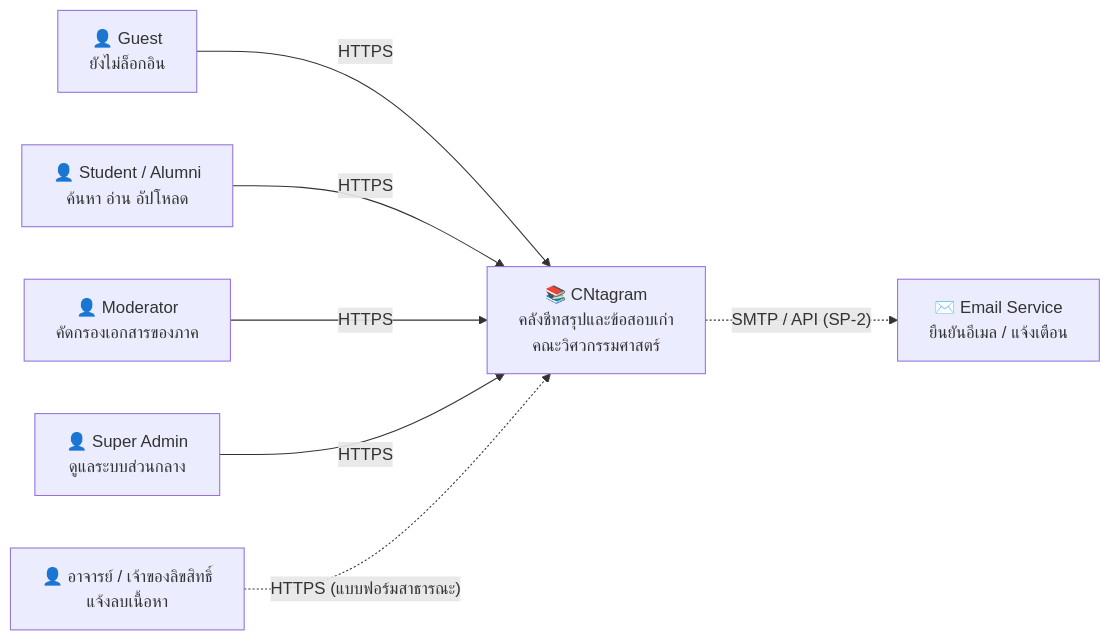
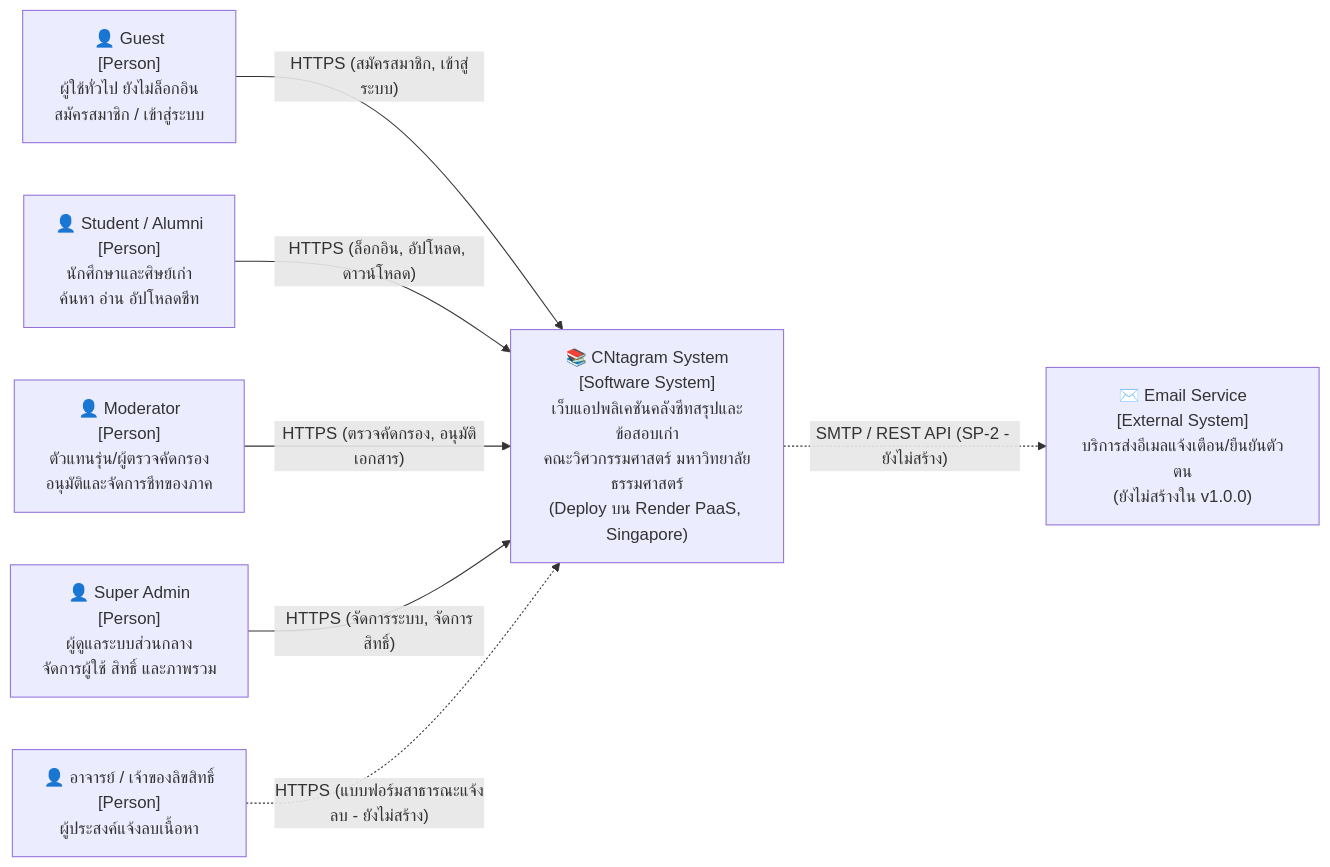
The first of 2 diagrams in _docs/architecture/c4.md (Jupiter4428/cntagram), drawn with Mermaid before and after one commit. The commit also changed other lines of this file, not shown here.

First line of the commit message:
docs(c4): update Level 1 and Level 2 diagrams for production deployment (Closes #140) (#170)

````diff
--- a/_docs/architecture/c4.md
+++ b/_docs/architecture/c4.md
@@ -8,17 +12,19 @@
 ```mermaid
 flowchart LR
-    G["👤 Guest<br/>ยังไม่ล็อกอิน"]
-    S["👤 Student / Alumni<br/>ค้นหา อ่าน อัปโหลด"]
-    M["👤 Moderator<br/>คัดกรองเอกสารของภาค"]
-    A["👤 Super Admin<br/>ดูแลระบบส่วนกลาง"]
-    C["👤 อาจารย์ / เจ้าของลิขสิทธิ์<br/>แจ้งลบเนื้อหา"]
-    SYS["📚 CNtagram<br/>คลังชีทสรุปและข้อสอบเก่า<br/>คณะวิศวกรรมศาสตร์"]
-    MAIL["✉️ Email Service<br/>ยืนยันอีเมล / แจ้งเตือน"]
+    G["👤 Guest<br/>[Person]<br/>ผู้ใช้ทั่วไป ยังไม่ล็อกอิน<br/>สมัครสมาชิก / เข้าสู่ระบบ"]
+    S["👤 Student / Alumni<br/>[Person]<br/>นักศึกษาและศิษย์เก่า<br/>ค้นหา อ่าน อัปโหลดชีท"]
+    M["👤 Moderator<br/>[Person]<br/>ตัวแทนรุ่น/ผู้ตรวจคัดกรอง<br/>อนุมัติและจัดการชีทของภาค"]
+    A["👤 Super Admin<br/>[Person]<br/>ผู้ดูแลระบบส่วนกลาง<br/>จัดการผู้ใช้ สิทธิ์ และภาพรวม"]
+    C["👤 อาจารย์ / เจ้าของลิขสิทธิ์<br/>[Person]<br/>ผู้ประสงค์แจ้งลบเนื้อหา"]
 
-    G -- "HTTPS" --> SYS
-    S -- "HTTPS" --> SYS
-    M -- "HTTPS" --> SYS
-    A -- "HTTPS" --> SYS
-    C -. "HTTPS (แบบฟอร์มสาธารณะ)" .-> SYS
-    SYS -. "SMTP / API (SP-2)" .-> MAIL
+    SYS["📚 CNtagram System<br/>[Software System]<br/>เว็บแอปพลิเคชันคลังชีทสรุปและข้อสอบเก่า<br/>คณะวิศวกรรมศาสตร์ มหาวิทยาลัยธรรมศาสตร์<br/>(Deploy บน Render PaaS, Singapore)"]
+
+    MAIL["✉️ Email Service<br/>[External System]<br/>บริการส่งอีเมลแจ้งเตือน/ยืนยันตัวตน<br/>(ยังไม่สร้างใน v1.0.0)"]
+
+    G -- "HTTPS (สมัครสมาชิก, เข้าสู่ระบบ)" --> SYS
+    S -- "HTTPS (ล็อกอิน, อัปโหลด, ดาวน์โหลด)" --> SYS
+    M -- "HTTPS (ตรวจคัดกรอง, อนุมัติเอกสาร)" --> SYS
+    A -- "HTTPS (จัดการระบบ, จัดการสิทธิ์)" --> SYS
+    C -. "HTTPS (แบบฟอร์มสาธารณะแจ้งลบ - ยังไม่สร้าง)" .-> SYS
+    SYS -. "SMTP / REST API (SP-2 - ยังไม่สร้าง)" .-> MAIL
 ```
````
